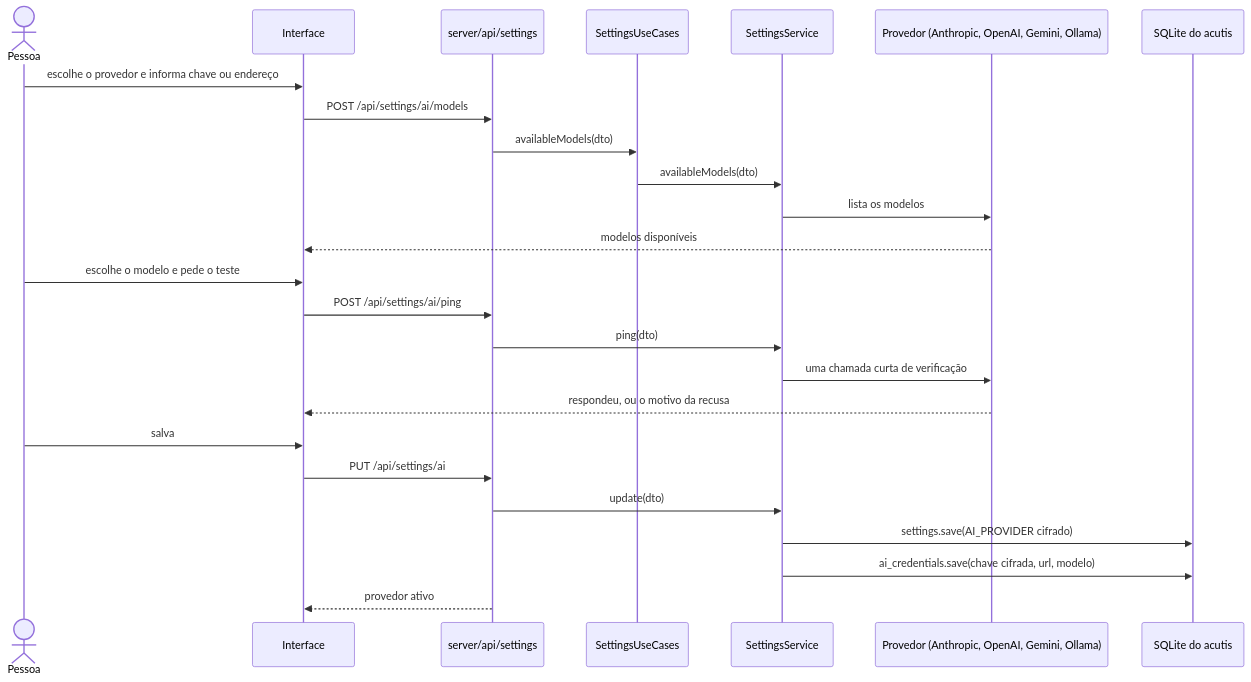
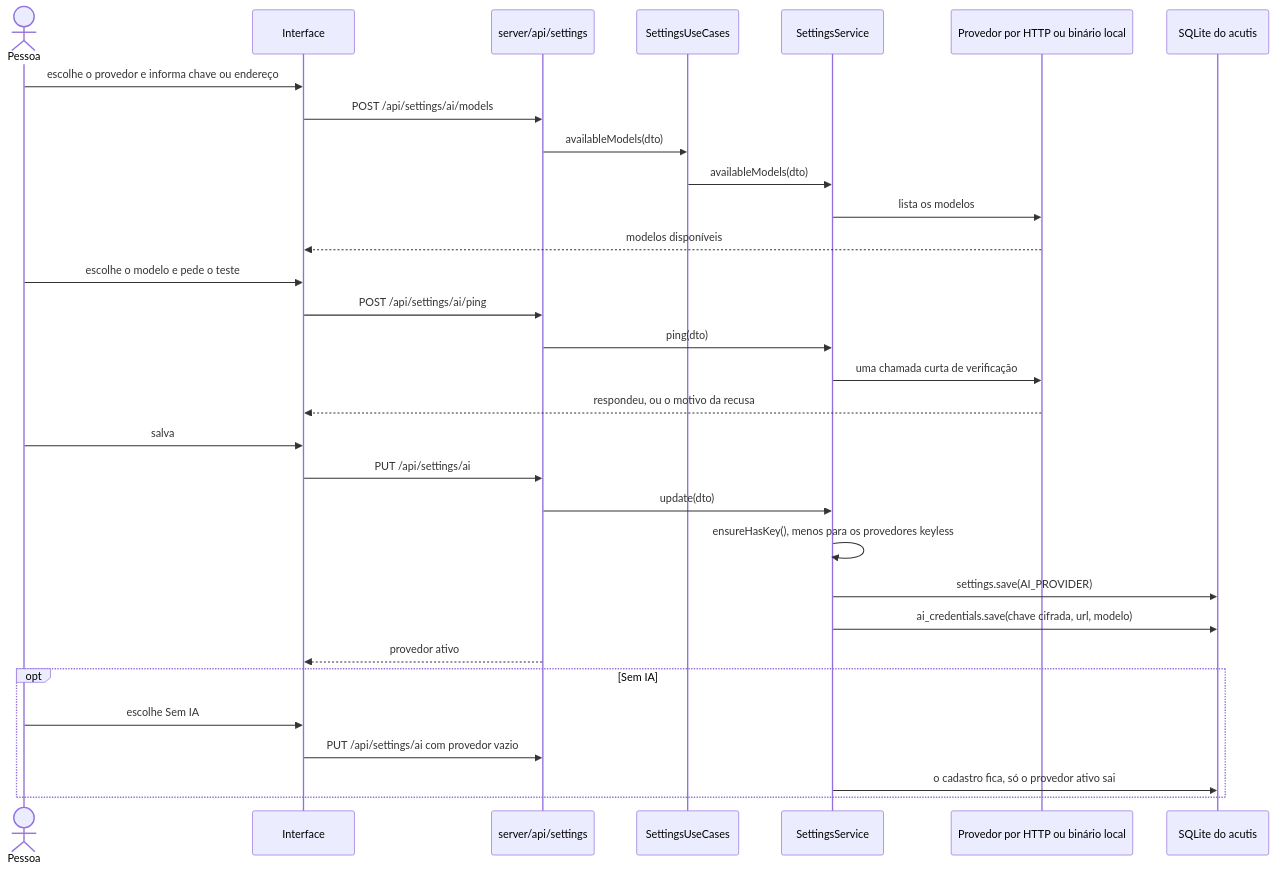
One commit to KauanCalheiro/acutis changed the sixth of 28 diagrams in docs/DIAGRAMS/SEQUENCE-DIAGRAMS.md. Above: the diagram before and after it, drawn with Mermaid. The commit also changed other lines of this file and 7 other files, not shown here.

````diff
--- a/docs/DIAGRAMS/SEQUENCE-DIAGRAMS.md
+++ b/docs/DIAGRAMS/SEQUENCE-DIAGRAMS.md
@@ -95,30 +199,37 @@
 ```mermaid
 sequenceDiagram
   actor Pessoa
   participant App as Interface
   participant API as server/api/settings
   participant UC as SettingsUseCases
   participant S as SettingsService
-  participant P as Provedor (Anthropic, OpenAI, Gemini, Ollama)
+  participant P as Provedor por HTTP ou binário local
   participant DB as SQLite do acutis
 
   Pessoa->>App: escolhe o provedor e informa chave ou endereço
   App->>API: POST /api/settings/ai/models
   API->>UC: availableModels(dto)
   UC->>S: availableModels(dto)
   S->>P: lista os modelos
   P-->>App: modelos disponíveis
 
   Pessoa->>App: escolhe o modelo e pede o teste
   App->>API: POST /api/settings/ai/ping
   API->>S: ping(dto)
   S->>P: uma chamada curta de verificação
   P-->>App: respondeu, ou o motivo da recusa
 
   Pessoa->>App: salva
   App->>API: PUT /api/settings/ai
   API->>S: update(dto)
-  S->>DB: settings.save(AI_PROVIDER cifrado)
+  S->>S: ensureHasKey(), menos para os provedores keyless
+  S->>DB: settings.save(AI_PROVIDER)
   S->>DB: ai_credentials.save(chave cifrada, url, modelo)
   API-->>App: provedor ativo
+
+  opt Sem IA
+    Pessoa->>App: escolhe Sem IA
+    App->>API: PUT /api/settings/ai com provedor vazio
+    S->>DB: o cadastro fica, só o provedor ativo sai
+  end
 ```
````
